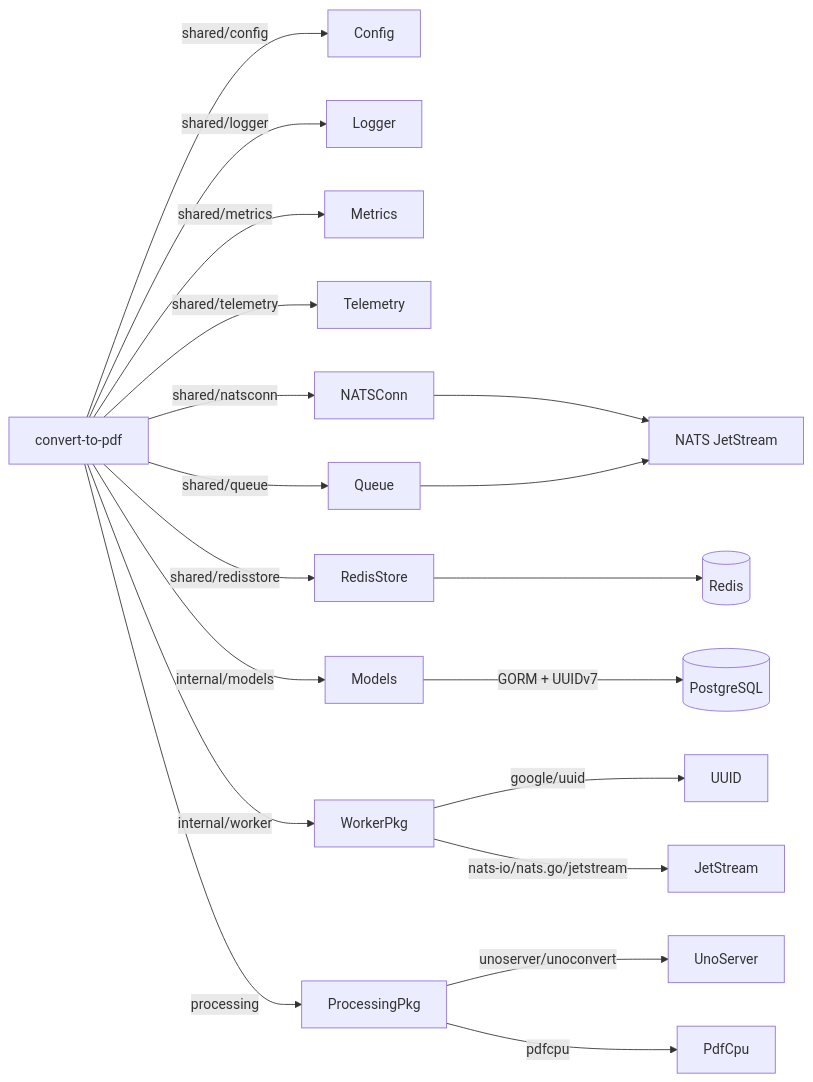
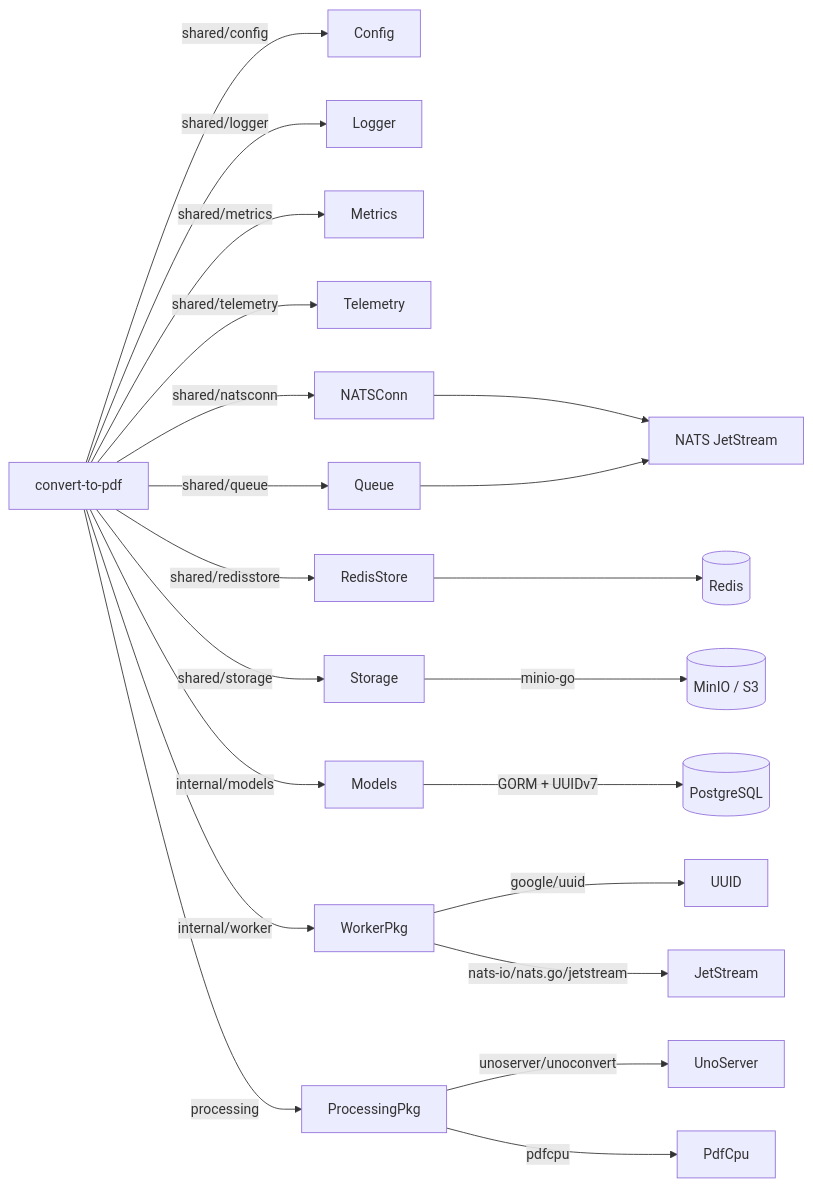
Before and after one commit to Prachidubey2003/fyredocs_backend: the fourth of 4 diagrams in docs/developer/mermaid/service-convert-to-pdf-architecture.md, drawn with Mermaid. The commit also changed other lines of this file and 84 other files, not shown here.

````diff
--- a/docs/developer/mermaid/service-convert-to-pdf-architecture.md
+++ b/docs/developer/mermaid/service-convert-to-pdf-architecture.md
@@ -108,22 +115,24 @@
 ```mermaid
 graph LR
     CTP[convert-to-pdf] --> |shared/config| Config
     CTP --> |shared/logger| Logger
     CTP --> |shared/metrics| Metrics
     CTP --> |shared/telemetry| Telemetry
     CTP --> |shared/natsconn| NATSConn
     CTP --> |shared/redisstore| RedisStore
     CTP --> |shared/queue| Queue
+    CTP --> |shared/storage| Storage
     CTP --> |internal/models| Models
     CTP --> |internal/worker| WorkerPkg
     CTP --> |processing| ProcessingPkg
 
     NATSConn --> NATS["NATS JetStream"]
     Queue --> NATS
+    Storage --> |minio-go| S3[(MinIO / S3)]
     Models --> |GORM + UUIDv7| PG[(PostgreSQL)]
     RedisStore --> Redis[(Redis)]
     WorkerPkg --> |google/uuid| UUID
     WorkerPkg --> |nats-io/nats.go/jetstream| JetStream
     ProcessingPkg --> |unoserver/unoconvert| UnoServer
     ProcessingPkg --> |pdfcpu| PdfCpu
 ```
````
